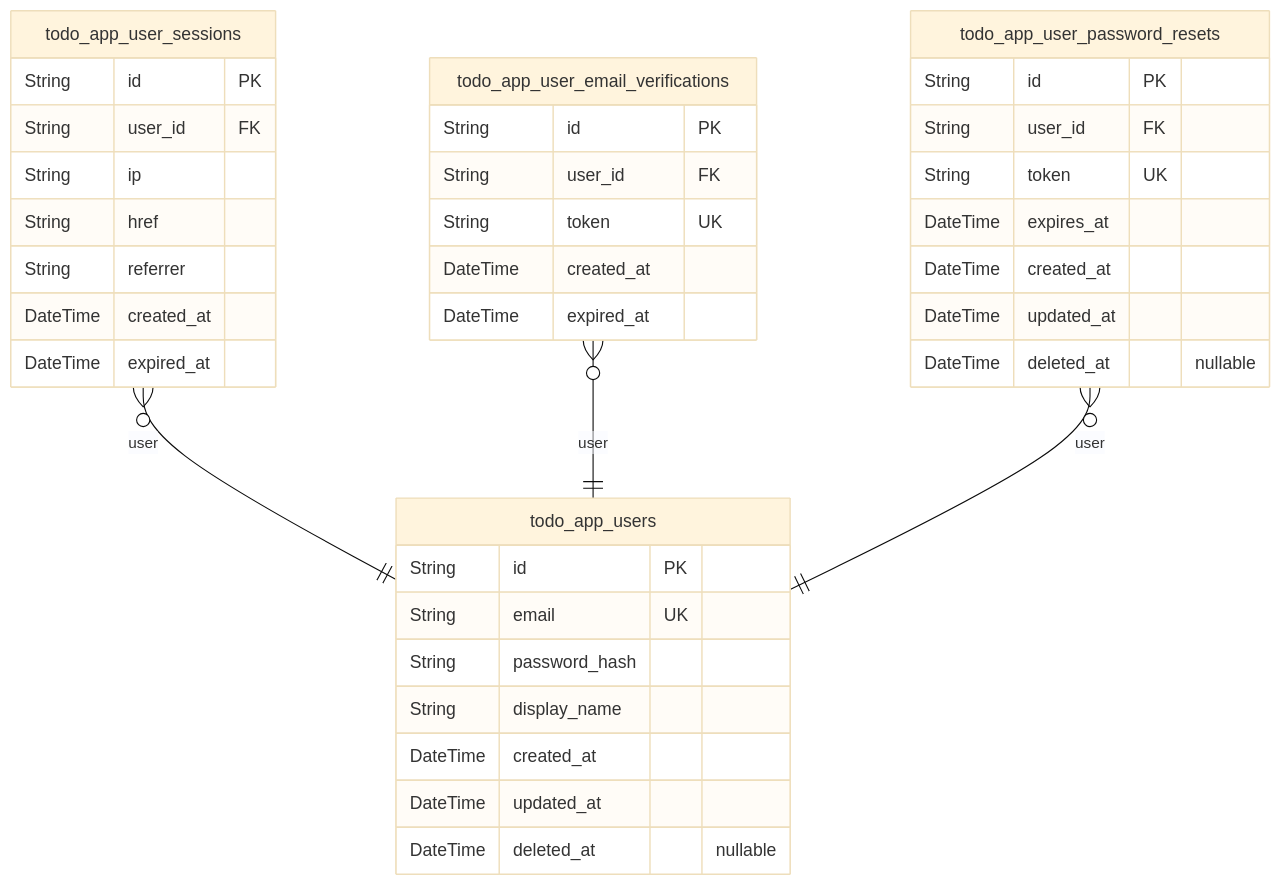
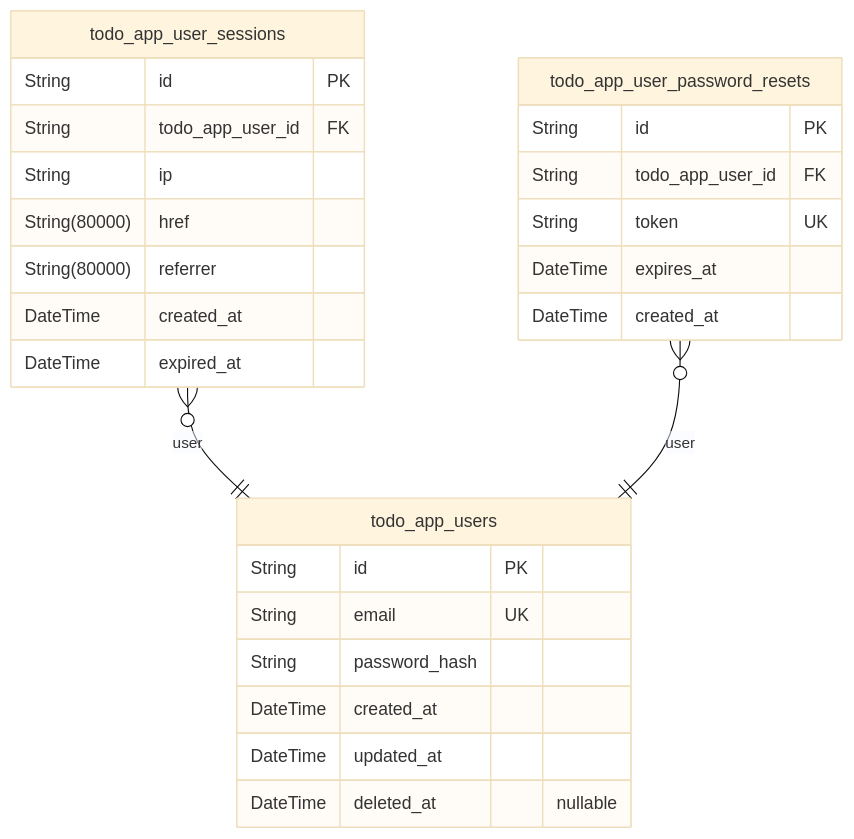
The first of 4 diagrams in qwen/qwen3-next-80b-a3b-instruct/todo/docs/ERD.md (wrtnlabs/autobe-examples), drawn with Mermaid (base theme) before and after one commit. The commit also changed other lines of this file and 11104 other files, not shown here.

````diff
--- a/qwen/qwen3-next-80b-a3b-instruct/todo/docs/ERD.md
+++ b/qwen/qwen3-next-80b-a3b-instruct/todo/docs/ERD.md
@@ -10,40 +12,29 @@
 ```mermaid
 erDiagram
 "todo_app_users" {
   String id PK
   String email UK
   String password_hash
-  String display_name
   DateTime created_at
   DateTime updated_at
   DateTime deleted_at "nullable"
 }
 "todo_app_user_sessions" {
   String id PK
-  String user_id FK
+  String todo_app_user_id FK
   String ip
-  String href
-  String referrer
-  DateTime created_at
-  DateTime expired_at
-}
-"todo_app_user_email_verifications" {
-  String id PK
-  String user_id FK
-  String token UK
+  String(80000) href
+  String(80000) referrer
   DateTime created_at
   DateTime expired_at
 }
 "todo_app_user_password_resets" {
   String id PK
-  String user_id FK
+  String todo_app_user_id FK
   String token UK
   DateTime expires_at
   DateTime created_at
-  DateTime updated_at
-  DateTime deleted_at "nullable"
 }
 "todo_app_user_sessions" }o--|| "todo_app_users" : user
-"todo_app_user_email_verifications" }o--|| "todo_app_users" : user
 "todo_app_user_password_resets" }o--|| "todo_app_users" : user
 ```
````
